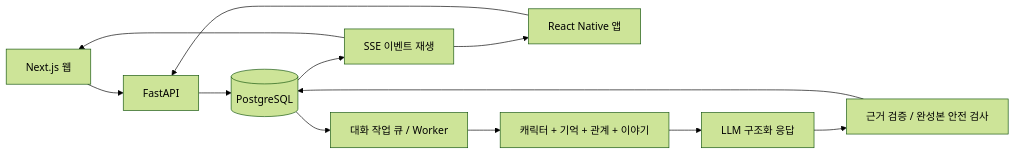
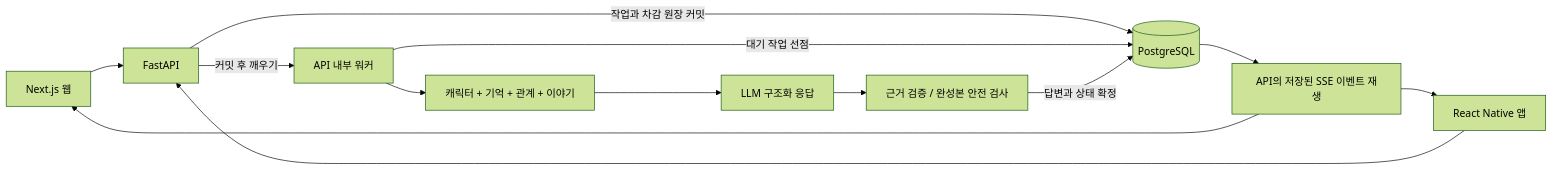
The diagram in README.md (kwakhyun/talevi), drawn with Mermaid (forest theme) before and after one commit. The commit also changed other lines of this file and 3 other files, not shown here.

Commit message:
docs: clarify portfolio architecture and validation scope

````diff
--- a/README.md
+++ b/README.md
@@ -85,14 +88,15 @@
 ```mermaid
 flowchart LR
   W[Next.js 웹] --> A[FastAPI]
   N[React Native 앱] --> A
-  A --> D[(PostgreSQL)]
-  D --> Q[대화 작업 큐 / Worker]
+  A -->|작업과 차감 원장 커밋| D[(PostgreSQL)]
+  A -->|커밋 후 깨우기| Q[API 내부 워커]
+  Q -->|대기 작업 선점| D
   Q --> C[캐릭터 + 기억 + 관계 + 이야기]
   C --> L[LLM 구조화 응답]
   L --> V[근거 검증 / 완성본 안전 검사]
-  V --> D
-  D --> S[SSE 이벤트 재생]
+  V -->|답변과 상태 확정| D
+  D --> S[API의 저장된 SSE 이벤트 재생]
   S --> W
   S --> N
 ```
````
